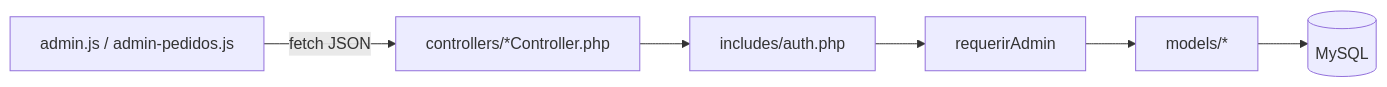
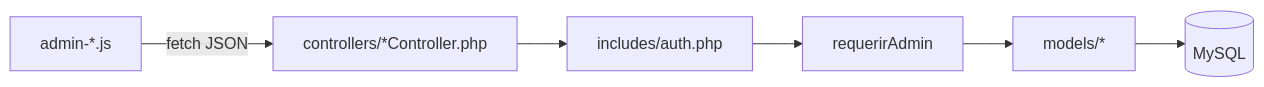
Before and after one commit to VerosioHP/deportivo: the second of 3 diagrams in README.md, drawn with Mermaid. The commit also changed other lines of this file, not shown here.

````diff
--- a/README.md
+++ b/README.md
@@ -161,8 +247,8 @@
 ```mermaid
 flowchart LR
-    A[admin.js / admin-pedidos.js] -->|fetch JSON| B[controllers/*Controller.php]
+    A[admin-*.js] -->|fetch JSON| B[controllers/*Controller.php]
     B --> C[includes/auth.php]
     C --> D[requerirAdmin]
     D --> E[models/*]
     E --> F[(MySQL)]
 ```
````
